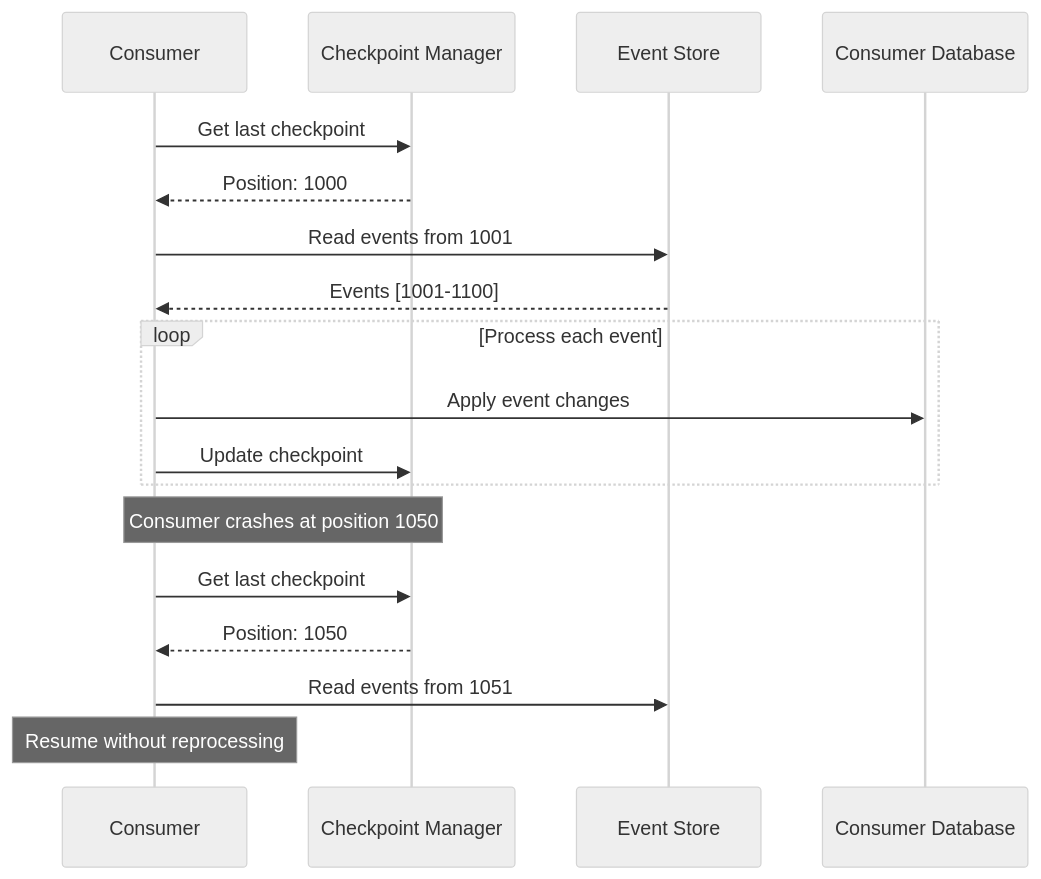
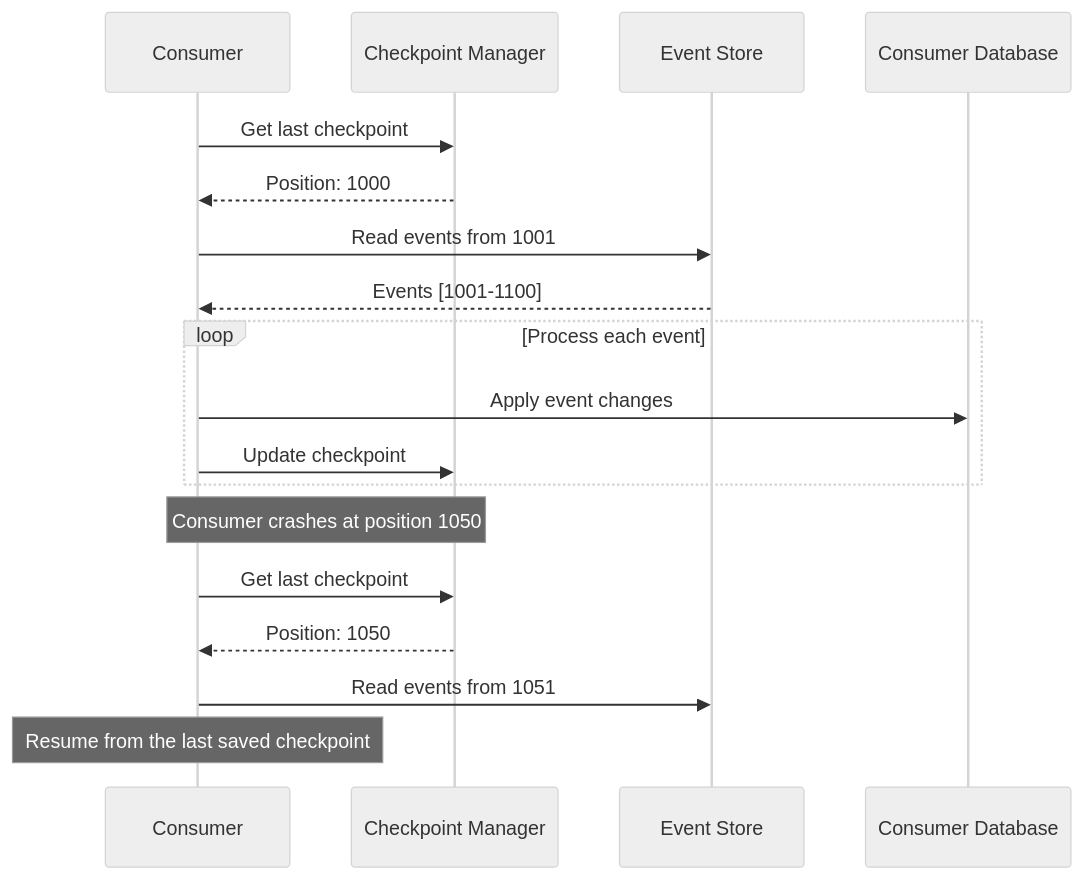
The second of 3 diagrams in posts/2026-01-30-event-recovery/README.md (OneUptime/blog), drawn with Mermaid (neutral theme) before and after one commit. The commit also changed other lines of this file and 2 other files, not shown here.

````diff
--- a/posts/2026-01-30-event-recovery/README.md
+++ b/posts/2026-01-30-event-recovery/README.md
@@ -175,24 +228,24 @@
 ```mermaid
 sequenceDiagram
     participant C as Consumer
     participant CP as Checkpoint Manager
     participant ES as Event Store
     participant DB as Consumer Database
 
     C->>CP: Get last checkpoint
     CP-->>C: Position: 1000
     C->>ES: Read events from 1001
     ES-->>C: Events [1001-1100]
 
     loop Process each event
         C->>DB: Apply event changes
         C->>CP: Update checkpoint
     end
 
     Note over C,CP: Consumer crashes at position 1050
 
     C->>CP: Get last checkpoint
     CP-->>C: Position: 1050
     C->>ES: Read events from 1051
-    Note over C: Resume without reprocessing
+    Note over C: Resume from the last saved checkpoint
 ```
````
